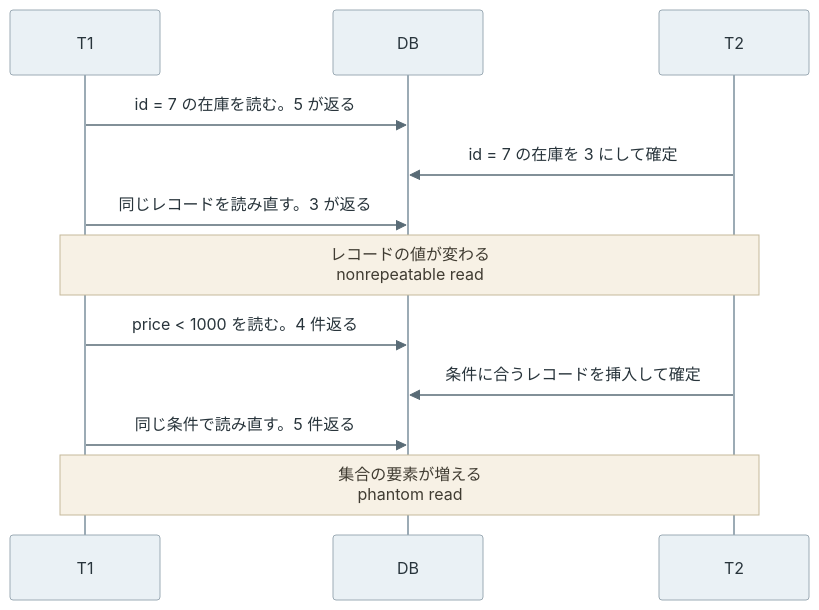
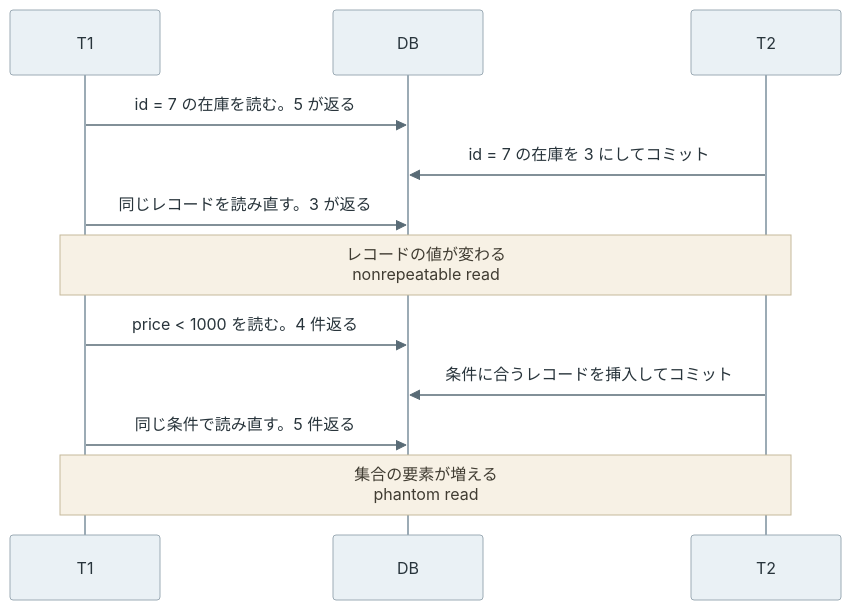
The third of 8 diagrams in content/notes/database-systems/transaction-isolation/index.md (nao1215/debimate), drawn with Mermaid before and after one commit. The commit also changed other lines of this file and 32 other files, not shown here.

````diff
--- a/content/notes/database-systems/transaction-isolation/index.md
+++ b/content/notes/database-systems/transaction-isolation/index.md
@@ -102,15 +102,15 @@
 ```mermaid
 %%{init: {"theme":"base","themeVariables":{"primaryColor":"#eaf1f5","primaryTextColor":"#28343b","primaryBorderColor":"#9cabb5","lineColor":"#596b76","textColor":"#28343b","actorBkg":"#eaf1f5","actorBorder":"#9cabb5","actorTextColor":"#28343b","actorLineColor":"#9cabb5","signalColor":"#596b76","signalTextColor":"#28343b","noteBkgColor":"#f7f1e5","noteBorderColor":"#c5b99b","noteTextColor":"#403c32","activationBkgColor":"#edf3ef","activationBorderColor":"#9aafa1"}}}%%
 sequenceDiagram
     participant T1 as T1
     participant D as DB
     participant T2 as T2
     T1->>D: id = 7 の在庫を読む。5 が返る
-    T2->>D: id = 7 の在庫を 3 にして確定
+    T2->>D: id = 7 の在庫を 3 にしてコミット
     T1->>D: 同じレコードを読み直す。3 が返る
     Note over T1,T2: レコードの値が変わる<br/>nonrepeatable read
     T1->>D: price < 1000 を読む。4 件返る
-    T2->>D: 条件に合うレコードを挿入して確定
+    T2->>D: 条件に合うレコードを挿入してコミット
     T1->>D: 同じ条件で読み直す。5 件返る
     Note over T1,T2: 集合の要素が増える<br/>phantom read
 ```
````
